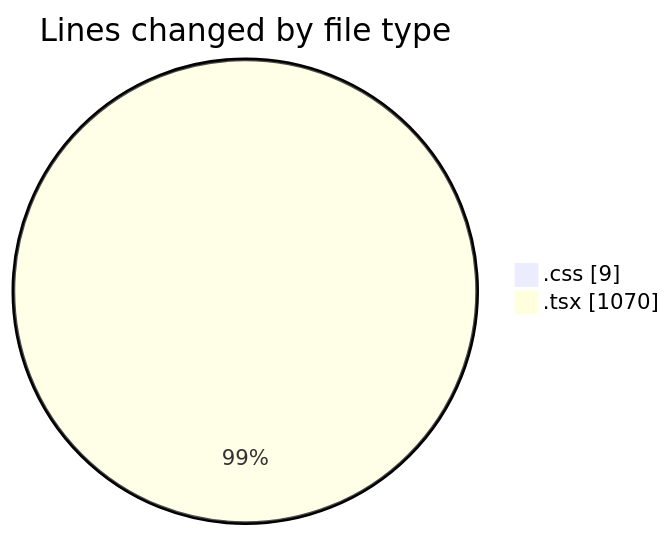
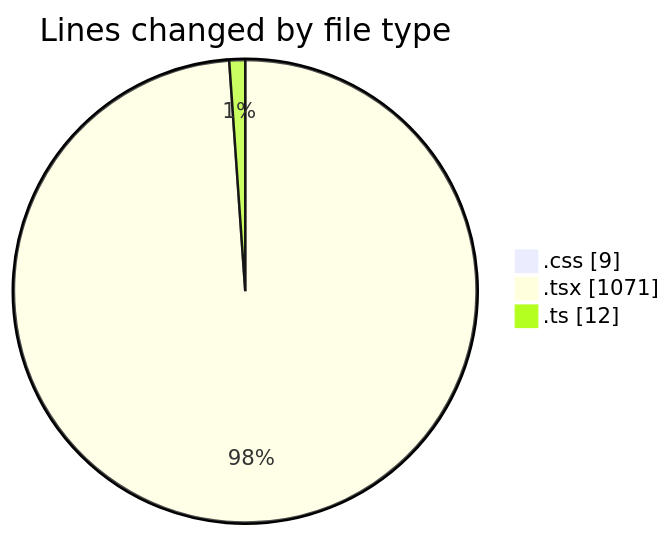
One commit to robertbonfada/code-tracking changed the first of 2 diagrams in 2025-02-28/audiobooks-web/README.md. Above: the diagram before and after it, drawn with Mermaid. The commit also changed other lines of this file and 1 other file, not shown here.

````diff
--- a/2025-02-28/audiobooks-web/README.md
+++ b/2025-02-28/audiobooks-web/README.md
@@ -26,6 +27,7 @@
 ```mermaid
 pie showData
 title Lines changed by file type
 ".css" : 9
-".tsx" : 1070
+".tsx" : 1071
+".ts" : 12
 ```
````
